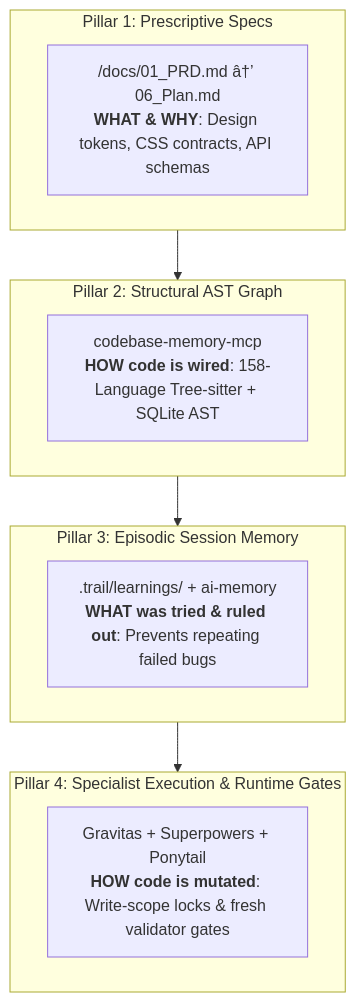
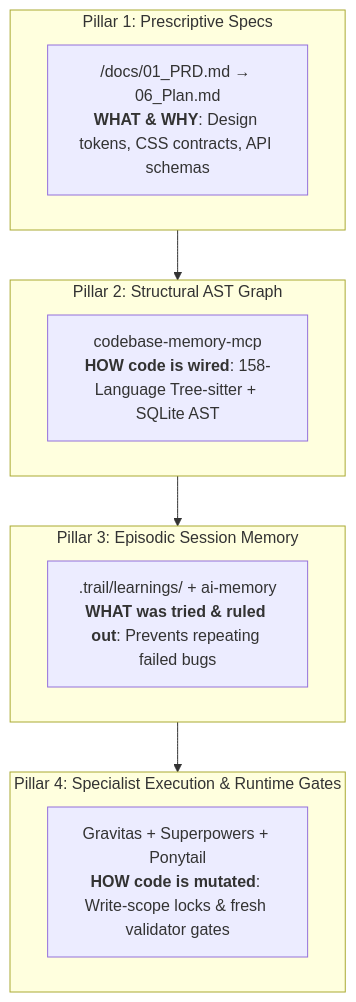
One commit to ratulbd/antigravity-os changed the diagram in README.md. Above: the diagram before and after it, drawn with Mermaid. The commit also changed other lines of this file and 6 other files, not shown here.

````diff
--- a/README.md
+++ b/README.md
@@ -46,22 +46,22 @@
 ```mermaid
 flowchart TD
     subgraph P1["Pillar 1: Prescriptive Specs"]
-        Specs["/docs/01_PRD.md â†’ 06_Plan.md<br><b>WHAT & WHY</b>: Design tokens, CSS contracts, API schemas"]
+        Specs["/docs/01_PRD.md → 06_Plan.md<br><b>WHAT & WHY</b>: Design tokens, CSS contracts, API schemas"]
     end
 
     subgraph P2["Pillar 2: Structural AST Graph"]
         AST["codebase-memory-mcp<br><b>HOW code is wired</b>: 158-Language Tree-sitter + SQLite AST"]
     end
 
     subgraph P3["Pillar 3: Episodic Session Memory"]
         Memory[".trail/learnings/ + ai-memory<br><b>WHAT was tried & ruled out</b>: Prevents repeating failed bugs"]
     end
 
     subgraph P4["Pillar 4: Specialist Execution & Runtime Gates"]
         Runtime["Gravitas + Superpowers + Ponytail<br><b>HOW code is mutated</b>: Write-scope locks & fresh validator gates"]
     end
 
     P1 --> P2
     P2 --> P3
     P3 --> P4
 ```
````
